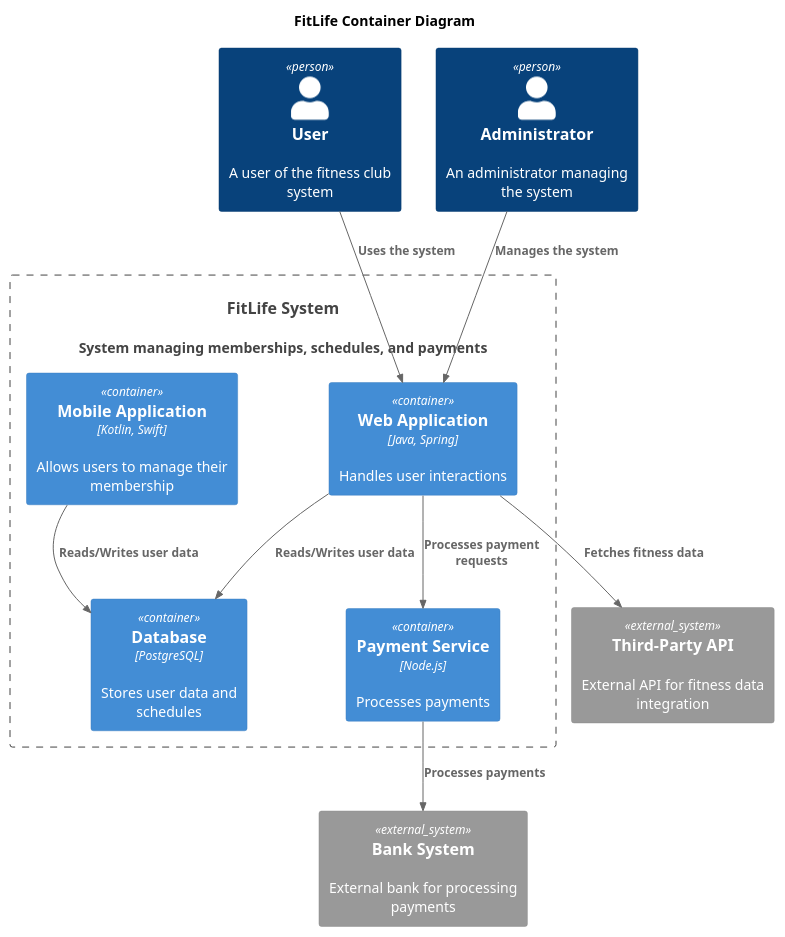
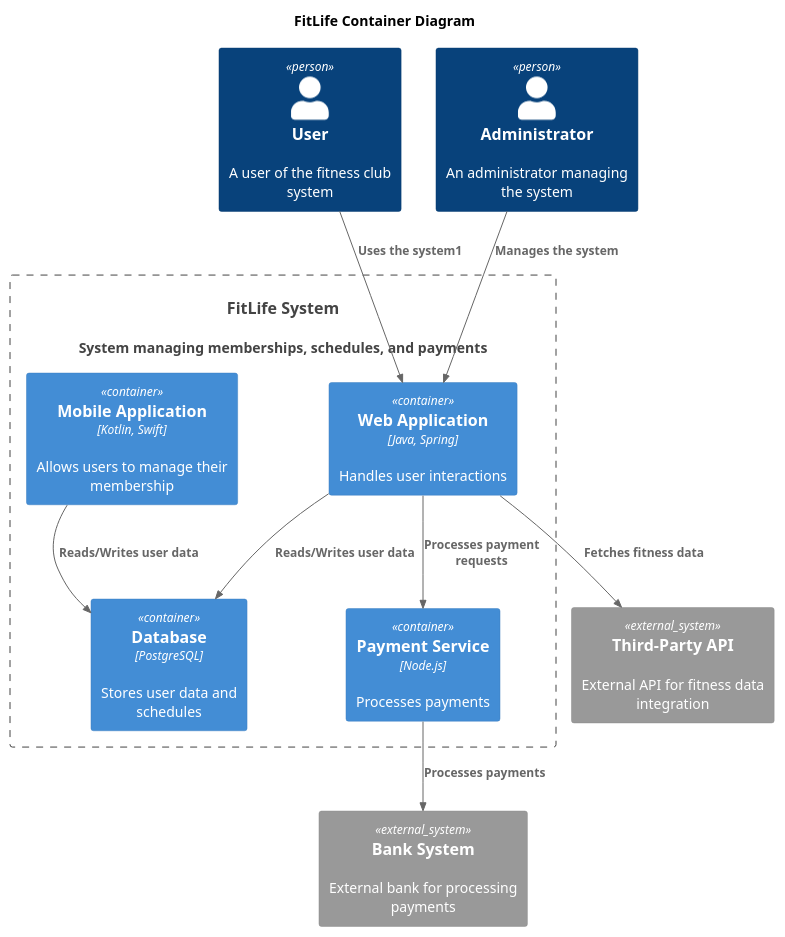
One commit to it-fireteam/FitLife changed the diagram in diagrams/container/FitLife_Container.puml. Above: the diagram before and after it, drawn with PlantUML.

Commit message:
check actions

```diff
--- a/diagrams/container/FitLife_Container.puml
+++ b/diagrams/container/FitLife_Container.puml
@@ -1,29 +1,29 @@
 @startuml
 title FitLife Container Diagram
 
 top to bottom direction
 
 !includeurl https://raw.githubusercontent.com/RicardoNiepel/C4-PlantUML/master/C4_Component.puml
 
 Person(user, "User", "A user of the fitness club system")
 Person(admin, "Administrator", "An administrator managing the system")
 System(FitLifeSystem, "FitLife System", "System managing memberships, schedules, and payments")
 
 Container_Boundary(FitLifeSystem, "FitLife System") {
   Container(WebApp, "Web Application", "Java, Spring", "Handles user interactions")
   Container(MobileApp, "Mobile Application", "Kotlin, Swift", "Allows users to manage their membership")
   Container(PaymentService, "Payment Service", "Node.js", "Processes payments")
   Container(Database, "Database", "PostgreSQL", "Stores user data and schedules")
 }
 
 System_Ext(api, "Third-Party API", "External API for fitness data integration")
 System_Ext(bank, "Bank System", "External bank for processing payments")
 
-Rel(user, WebApp, "Uses the system")
+Rel(user, WebApp, "Uses the system1")
 Rel(admin, WebApp,"Manages the system")
 Rel(WebApp,PaymentService,"Processes payment requests")
 Rel(PaymentService,bank,"Processes payments")
 Rel(WebApp,Database,"Reads/Writes user data")
 Rel(MobileApp,Database,"Reads/Writes user data")
 Rel(WebApp,api,"Fetches fitness data")
 @enduml
```
